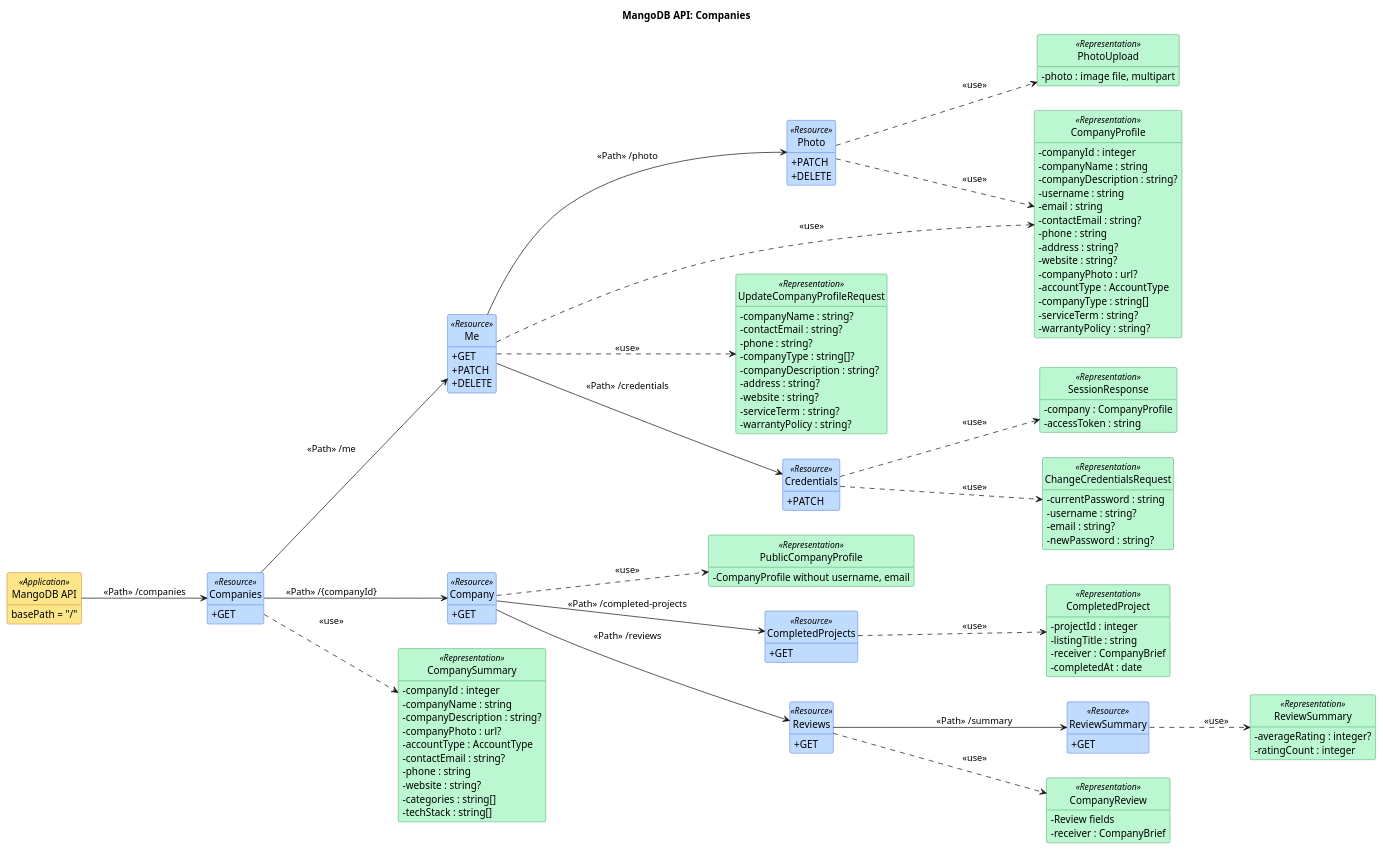
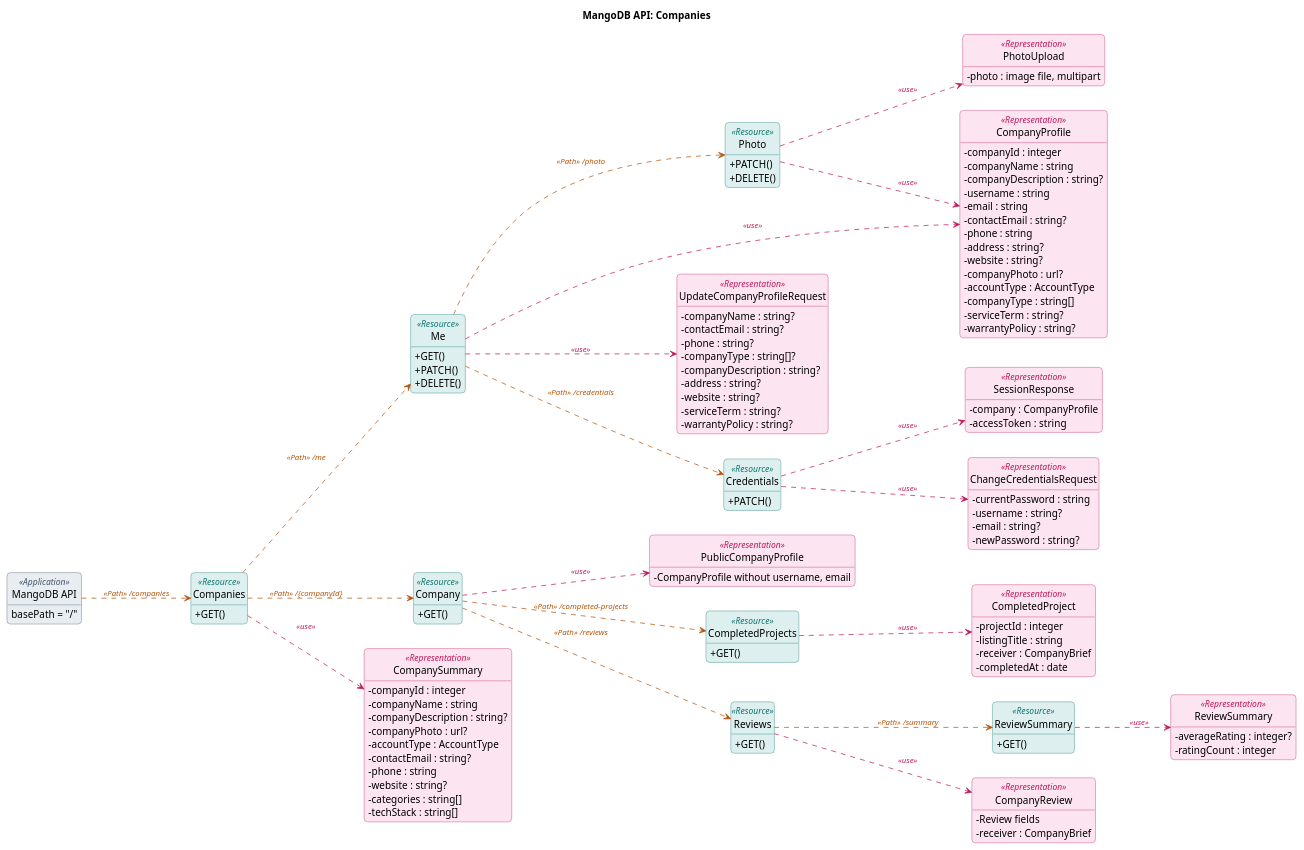
The diagram in docs/api/uml/companies.puml (taofuuu/MangoDB), drawn with PlantUML before and after one commit. The commit also changed 31 other files, not shown here.

First line of the commit message:
docs(api): document quotation and cancel endpoints, restyle UML API diagrams

```diff
--- a/docs/api/uml/companies.puml
+++ b/docs/api/uml/companies.puml
@@ -1,135 +1,143 @@
 @startuml
 left to right direction
 skinparam classAttributeIconSize 0
 hide circle
 hide empty members
+skinparam shadowing false
+skinparam roundcorner 10
+skinparam ClassFontStyle bold
+skinparam ClassAttributeFontStyle plain
+skinparam ArrowFontSize 11
 skinparam class {
-  BackgroundColor<<Application>> #FDE68A
-  BorderColor<<Application>> #B45309
-  BackgroundColor<<Resource>> #BFDBFE
-  BorderColor<<Resource>> #1D4ED8
-  BackgroundColor<<Representation>> #BBF7D0
-  BorderColor<<Representation>> #15803D
+  BackgroundColor<<Application>> #E8EDF2
+  BorderColor<<Application>> #475569
+  BackgroundColor<<Resource>> #DDEFEF
+  BorderColor<<Resource>> #0F766E
+  BackgroundColor<<Representation>> #FCE4F0
+  BorderColor<<Representation>> #BE185D
+  StereotypeFontColor<<Application>> #475569
+  StereotypeFontColor<<Resource>> #0F766E
+  StereotypeFontColor<<Representation>> #BE185D
 }
 title MangoDB API: Companies
 
 class "MangoDB API" as API <<Application>> {
   basePath = "/"
 }
 class "Companies" as Companies <<Resource>> {
-  + GET
+  + GET()
 }
 class "Me" as Me <<Resource>> {
-  + GET
-  + PATCH
-  + DELETE
+  + GET()
+  + PATCH()
+  + DELETE()
 }
 class "Credentials" as Credentials <<Resource>> {
-  + PATCH
+  + PATCH()
 }
 class "Photo" as Photo <<Resource>> {
-  + PATCH
-  + DELETE
+  + PATCH()
+  + DELETE()
 }
 class "Company" as Company <<Resource>> {
-  + GET
+  + GET()
 }
 class "CompletedProjects" as CompletedProjects <<Resource>> {
-  + GET
+  + GET()
 }
 class "Reviews" as Reviews <<Resource>> {
-  + GET
+  + GET()
 }
 class "ReviewSummary" as ReviewSummaryR <<Resource>> {
-  + GET
+  + GET()
 }
 class "CompanySummary" as CompanySummaryRep <<Representation>> {
   -companyId : integer
   -companyName : string
   -companyDescription : string?
   -companyPhoto : url?
   -accountType : AccountType
   -contactEmail : string?
   -phone : string
   -website : string?
   -categories : string[]
   -techStack : string[]
 }
 class "CompanyProfile" as CompanyProfileRep <<Representation>> {
   -companyId : integer
   -companyName : string
   -companyDescription : string?
   -username : string
   -email : string
   -contactEmail : string?
   -phone : string
   -address : string?
   -website : string?
   -companyPhoto : url?
   -accountType : AccountType
   -companyType : string[]
   -serviceTerm : string?
   -warrantyPolicy : string?
 }
 class "UpdateCompanyProfileRequest" as UpdateCompanyProfileRequestRep <<Representation>> {
   -companyName : string?
   -contactEmail : string?
   -phone : string?
   -companyType : string[]?
   -companyDescription : string?
   -address : string?
   -website : string?
   -serviceTerm : string?
   -warrantyPolicy : string?
 }
 class "ChangeCredentialsRequest" as ChangeCredentialsRequestRep <<Representation>> {
   -currentPassword : string
   -username : string?
   -email : string?
   -newPassword : string?
 }
 class "SessionResponse" as SessionResponseRep <<Representation>> {
   -company : CompanyProfile
   -accessToken : string
 }
 class "PhotoUpload" as PhotoUploadRep <<Representation>> {
   -photo : image file, multipart
 }
 class "PublicCompanyProfile" as PublicCompanyProfileRep <<Representation>> {
   -CompanyProfile without username, email
 }
 class "CompletedProject" as CompletedProjectRep <<Representation>> {
   -projectId : integer
   -listingTitle : string
   -receiver : CompanyBrief
   -completedAt : date
 }
 class "CompanyReview" as CompanyReviewRep <<Representation>> {
   -Review fields
   -receiver : CompanyBrief
 }
 class "ReviewSummary" as ReviewSummaryRep <<Representation>> {
   -averageRating : integer?
   -ratingCount : integer
 }
 
-API --> Companies : <<Path>> /companies
-Companies ..> CompanySummaryRep : <<use>>
-Companies --> Me : <<Path>> /me
-Me ..> CompanyProfileRep : <<use>>
-Me ..> UpdateCompanyProfileRequestRep : <<use>>
-Me --> Credentials : <<Path>> /credentials
-Credentials ..> ChangeCredentialsRequestRep : <<use>>
-Credentials ..> SessionResponseRep : <<use>>
-Me --> Photo : <<Path>> /photo
-Photo ..> PhotoUploadRep : <<use>>
-Photo ..> CompanyProfileRep : <<use>>
-Companies --> Company : <<Path>> /{companyId}
-Company ..> PublicCompanyProfileRep : <<use>>
-Company --> CompletedProjects : <<Path>> /completed-projects
-CompletedProjects ..> CompletedProjectRep : <<use>>
-Company --> Reviews : <<Path>> /reviews
-Reviews ..> CompanyReviewRep : <<use>>
-Reviews --> ReviewSummaryR : <<Path>> /summary
-ReviewSummaryR ..> ReviewSummaryRep : <<use>>
+API -[#B45309,dashed]-> Companies : <i><color:#B45309>«Path» /companies</color></i>
+Companies -[#BE185D,dashed]-> CompanySummaryRep : <i><color:#BE185D>«use»</color></i>
+Companies -[#B45309,dashed]-> Me : <i><color:#B45309>«Path» /me</color></i>
+Me -[#BE185D,dashed]-> CompanyProfileRep : <i><color:#BE185D>«use»</color></i>
+Me -[#BE185D,dashed]-> UpdateCompanyProfileRequestRep : <i><color:#BE185D>«use»</color></i>
+Me -[#B45309,dashed]-> Credentials : <i><color:#B45309>«Path» /credentials</color></i>
+Credentials -[#BE185D,dashed]-> ChangeCredentialsRequestRep : <i><color:#BE185D>«use»</color></i>
+Credentials -[#BE185D,dashed]-> SessionResponseRep : <i><color:#BE185D>«use»</color></i>
+Me -[#B45309,dashed]-> Photo : <i><color:#B45309>«Path» /photo</color></i>
+Photo -[#BE185D,dashed]-> PhotoUploadRep : <i><color:#BE185D>«use»</color></i>
+Photo -[#BE185D,dashed]-> CompanyProfileRep : <i><color:#BE185D>«use»</color></i>
+Companies -[#B45309,dashed]-> Company : <i><color:#B45309>«Path» /{companyId}</color></i>
+Company -[#BE185D,dashed]-> PublicCompanyProfileRep : <i><color:#BE185D>«use»</color></i>
+Company -[#B45309,dashed]-> CompletedProjects : <i><color:#B45309>«Path» /completed-projects</color></i>
+CompletedProjects -[#BE185D,dashed]-> CompletedProjectRep : <i><color:#BE185D>«use»</color></i>
+Company -[#B45309,dashed]-> Reviews : <i><color:#B45309>«Path» /reviews</color></i>
+Reviews -[#BE185D,dashed]-> CompanyReviewRep : <i><color:#BE185D>«use»</color></i>
+Reviews -[#B45309,dashed]-> ReviewSummaryR : <i><color:#B45309>«Path» /summary</color></i>
+ReviewSummaryR -[#BE185D,dashed]-> ReviewSummaryRep : <i><color:#BE185D>«use»</color></i>
 @enduml
```
